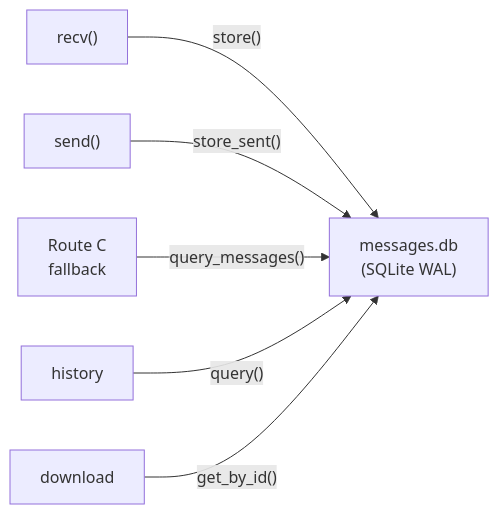
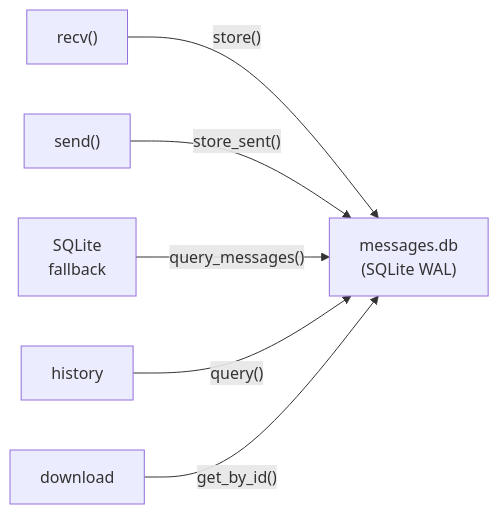
Before and after one commit to Oaklight/weilink: the ninth of 15 diagrams in docs/architecture.md, drawn with Mermaid. The commit also changed other lines of this file and 1 other file, not shown here.

Commit message:
Remove Route C terminology, use descriptive names instead

````diff
--- a/docs/architecture.md
+++ b/docs/architecture.md
@@ -241,8 +241,8 @@
 ```mermaid
 flowchart LR
     recv["recv()"] -->|"store()"| db["messages.db<br/>(SQLite WAL)"]
     send["send()"] -->|"store_sent()"| db
-    fallback["Route C<br/>fallback"] -->|"query_messages()"| db
+    fallback["SQLite<br/>fallback"] -->|"query_messages()"| db
     history["history"] -->|"query()"| db
     download["download"] -->|"get_by_id()"| db
 ```
````
